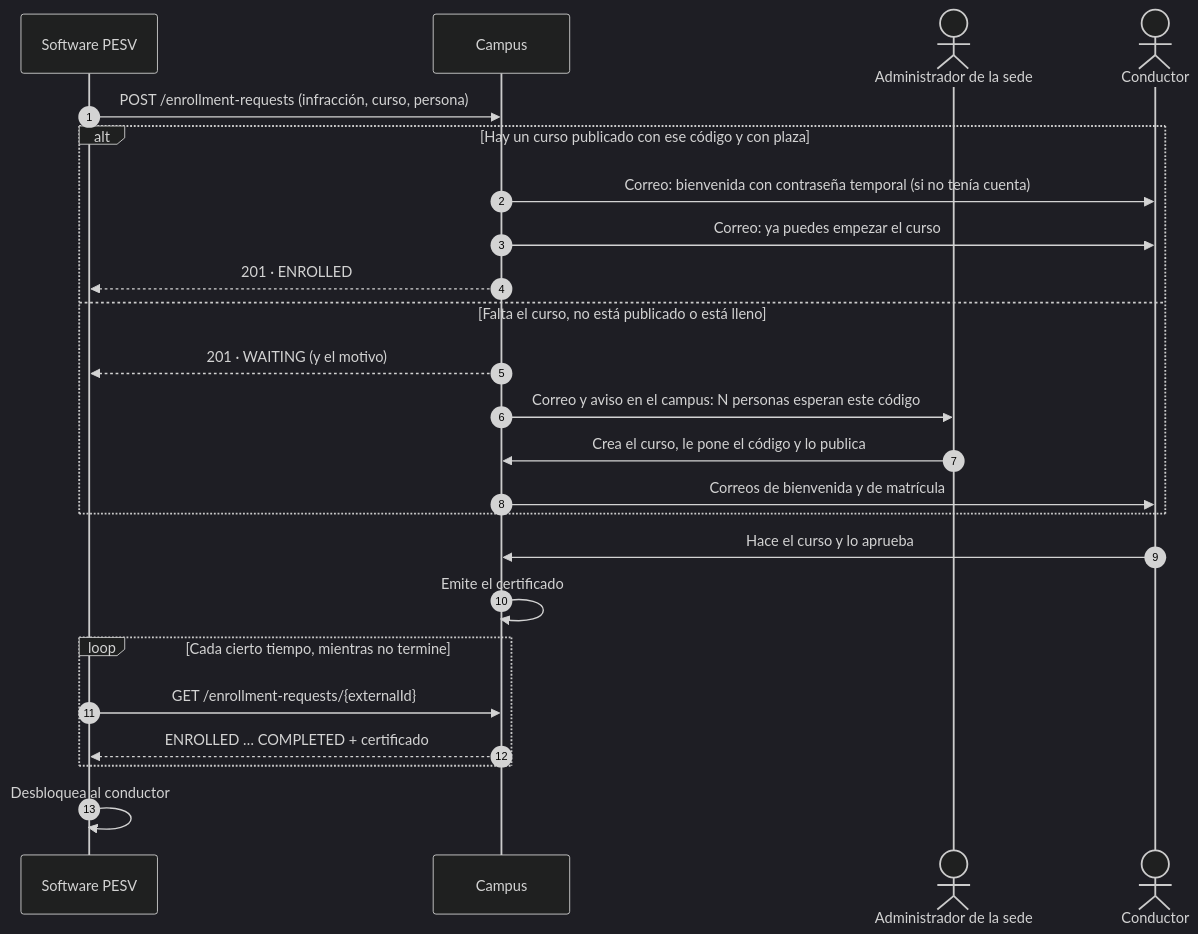
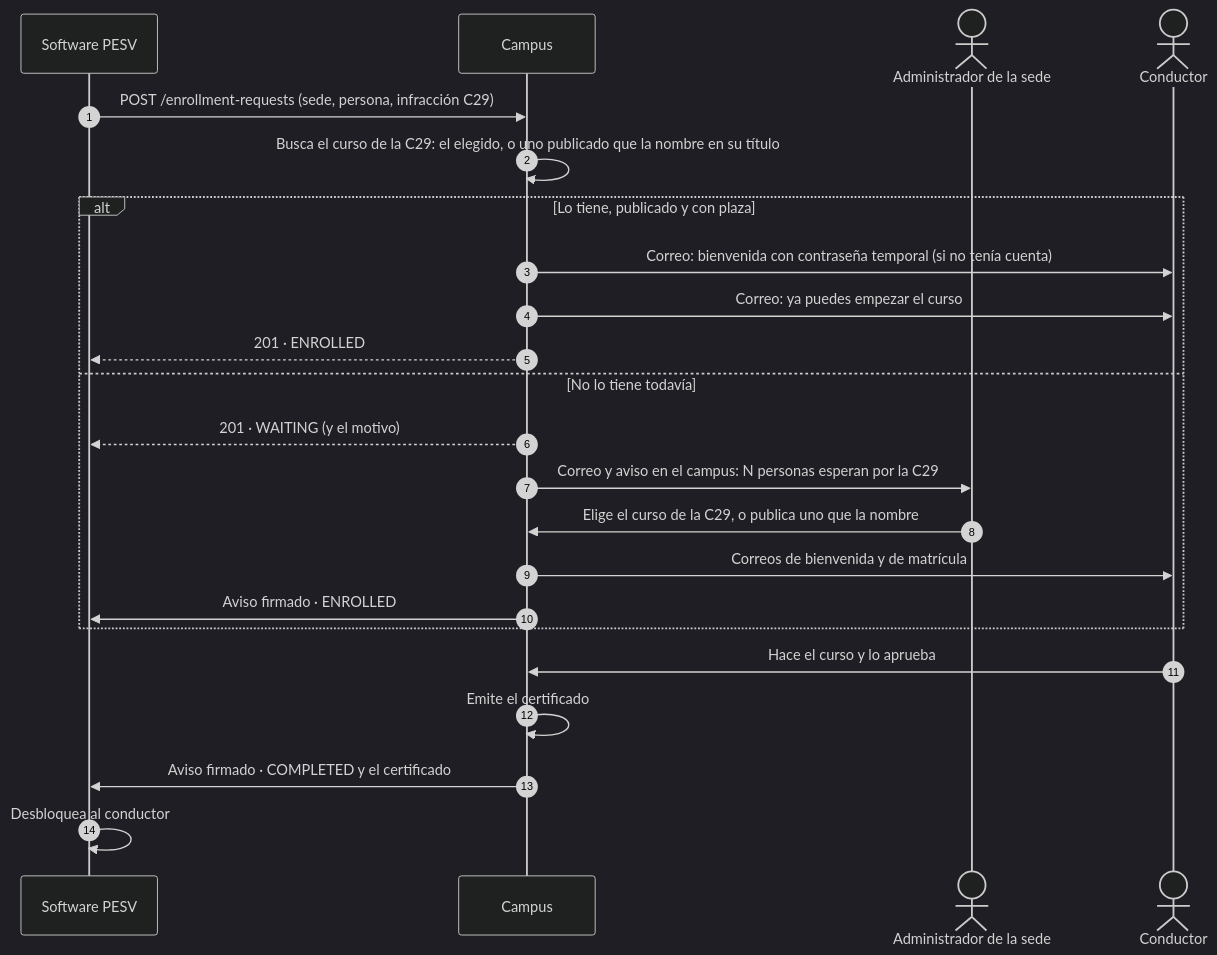
One commit to ReyOmar/LMS-mariadb changed the diagram in docs/INTEGRACION.md. Above: the diagram before and after it, drawn with Mermaid (dark theme). The commit also changed other lines of this file and 143 other files, not shown here.

First line of the commit message:
Integración por infracción con avisos al PESV, tiempo real por consultas y consentimiento exigido por la API

````diff
--- a/docs/INTEGRACION.md
+++ b/docs/INTEGRACION.md
@@ -13,27 +18,26 @@
 ```mermaid
 sequenceDiagram
     autonumber
     participant P as Software PESV
     participant C as Campus
     actor A as Administrador de la sede
     actor E as Conductor
 
-    P->>C: POST /enrollment-requests (infracción, curso, persona)
-    alt Hay un curso publicado con ese código y con plaza
+    P->>C: POST /enrollment-requests (sede, persona, infracción C29)
+    C->>C: Busca el curso de la C29: el elegido, o uno publicado que la nombre en su título
+    alt Lo tiene, publicado y con plaza
         C->>E: Correo: bienvenida con contraseña temporal (si no tenía cuenta)
         C->>E: Correo: ya puedes empezar el curso
         C-->>P: 201 · ENROLLED
-    else Falta el curso, no está publicado o está lleno
+    else No lo tiene todavía
         C-->>P: 201 · WAITING (y el motivo)
-        C->>A: Correo y aviso en el campus: N personas esperan este código
-        A->>C: Crea el curso, le pone el código y lo publica
+        C->>A: Correo y aviso en el campus: N personas esperan por la C29
+        A->>C: Elige el curso de la C29, o publica uno que la nombre
         C->>E: Correos de bienvenida y de matrícula
+        C->>P: Aviso firmado · ENROLLED
     end
     E->>C: Hace el curso y lo aprueba
     C->>C: Emite el certificado
-    loop Cada cierto tiempo, mientras no termine
-        P->>C: GET /enrollment-requests/{externalId}
-        C-->>P: ENROLLED … COMPLETED + certificado
-    end
+    C->>P: Aviso firmado · COMPLETED y el certificado
     P->>P: Desbloquea al conductor
 ```
````
